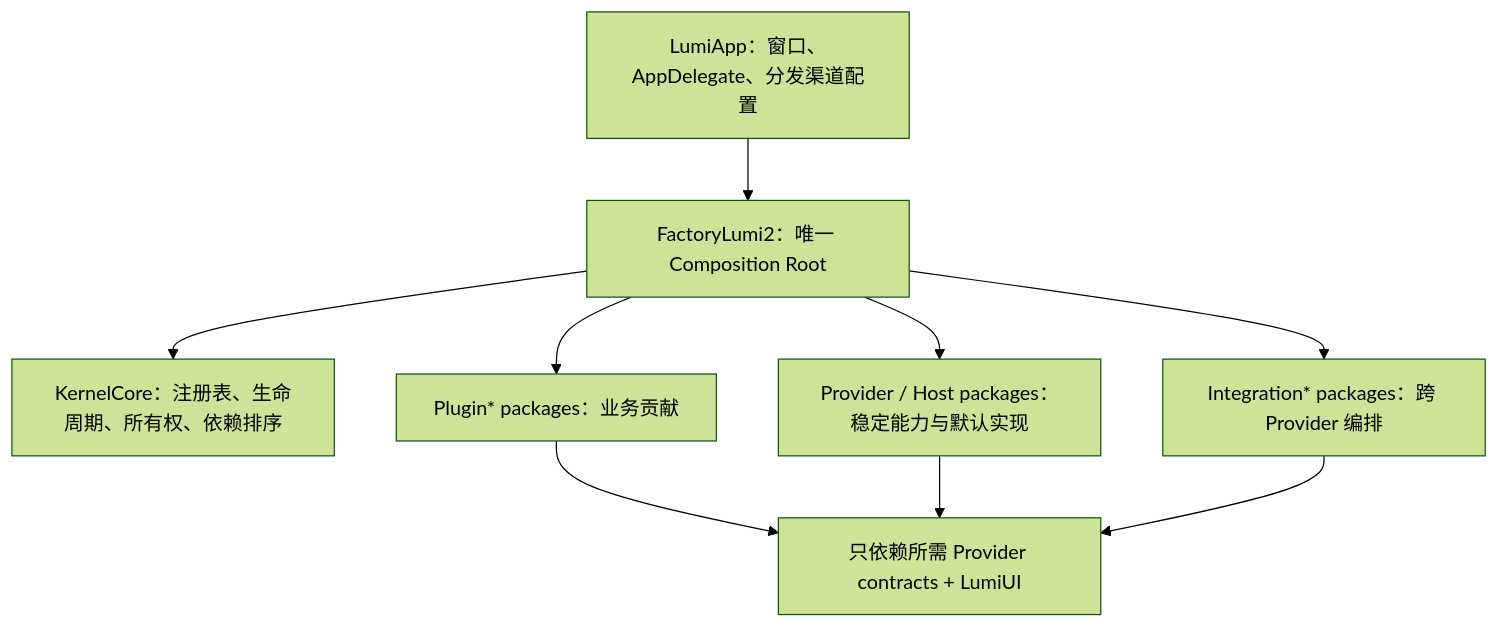
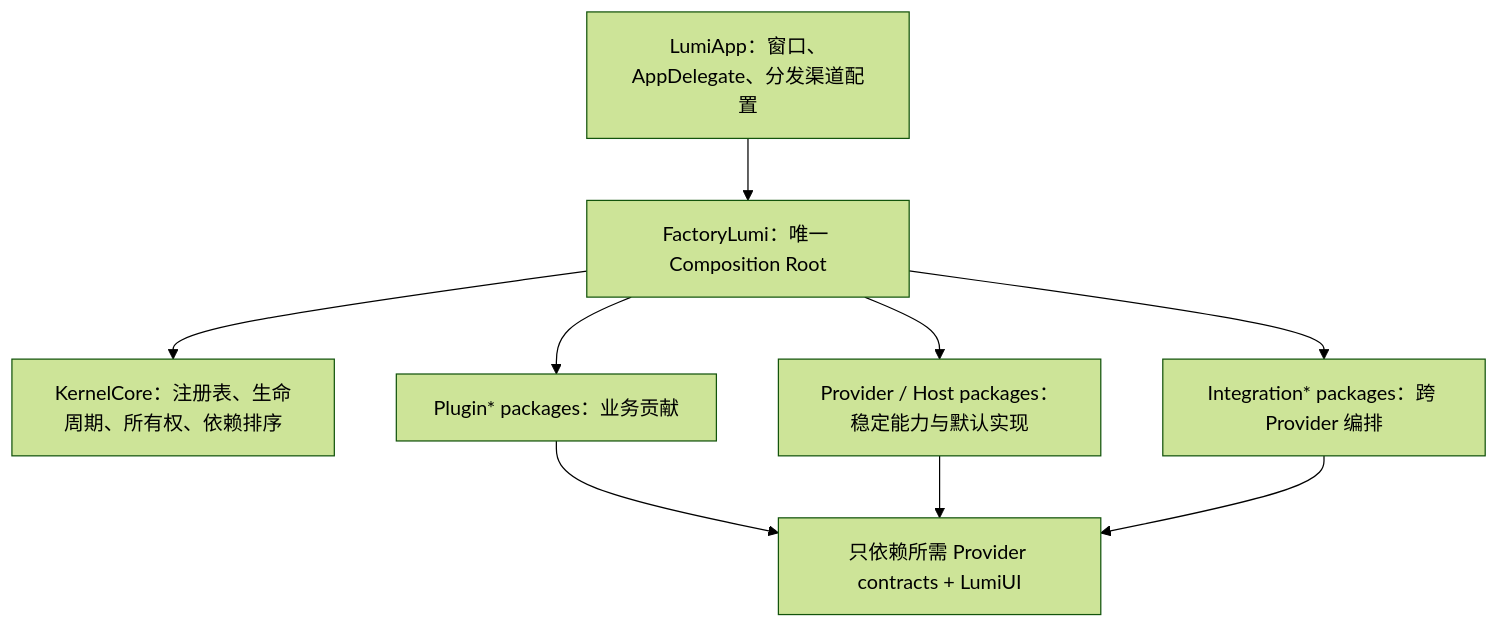
One commit to CofficLab/Lumi changed the diagram in docs/lumi-v2-zero-difference-migration-plan.md. Above: the diagram before and after it, drawn with Mermaid (forest theme). The commit also changed other lines of this file and 75 other files, not shown here.

````diff
--- a/docs/lumi-v2-zero-difference-migration-plan.md
+++ b/docs/lumi-v2-zero-difference-migration-plan.md
@@ -113,11 +113,11 @@
 ```mermaid
 flowchart TD
-    App["LumiApp：窗口、AppDelegate、分发渠道配置"] --> Factory["FactoryLumi2：唯一 Composition Root"]
+    App["LumiApp：窗口、AppDelegate、分发渠道配置"] --> Factory["FactoryLumi：唯一 Composition Root"]
     Factory --> Kernel["KernelCore：注册表、生命周期、所有权、依赖排序"]
     Factory --> Providers["Provider / Host packages：稳定能力与默认实现"]
     Factory --> Plugins["Plugin* packages：业务贡献"]
     Plugins --> Contracts["只依赖所需 Provider contracts + LumiUI"]
     Providers --> Contracts
     Integrations["Integration* packages：跨 Provider 编排"] --> Contracts
     Factory --> Integrations
 ```
````
